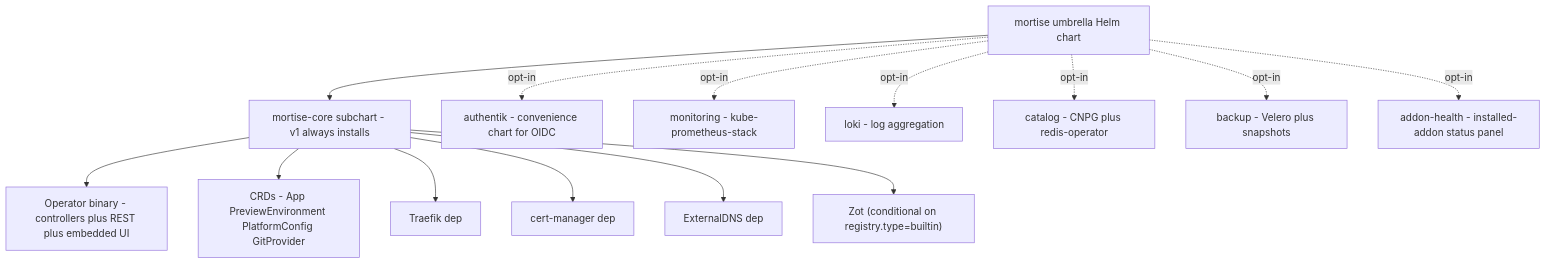
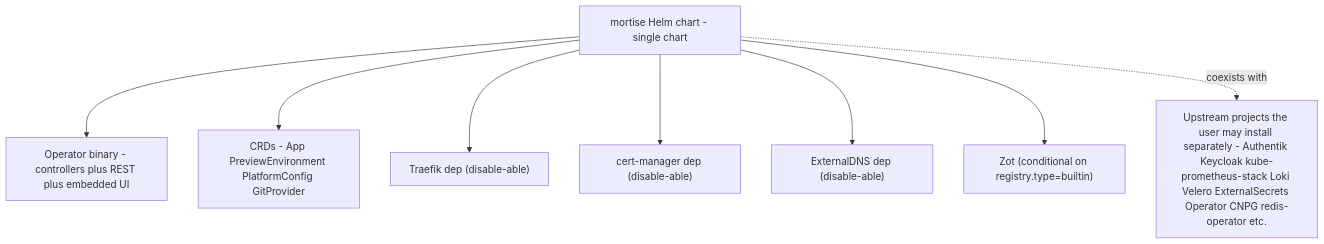
Before and after one commit to mortise-org/mortise: the fourth of 5 diagrams in ARCHITECTURE.md, drawn with Mermaid. The commit also changed other lines of this file and 2 other files, not shown here.

````diff
--- a/ARCHITECTURE.md
+++ b/ARCHITECTURE.md
@@ -262,34 +264,21 @@
 ```mermaid
 flowchart TB
-    Umbrella["mortise umbrella Helm chart"]
-    Core["mortise-core subchart - v1 always installs"]
+    Chart["mortise Helm chart - single chart"]
 
     OP["Operator binary - controllers plus REST plus embedded UI"]
     CRDs["CRDs - App PreviewEnvironment PlatformConfig GitProvider"]
-    TFc["Traefik dep"]
-    CMc["cert-manager dep"]
-    EDc["ExternalDNS dep"]
+    TFc["Traefik dep (disable-able)"]
+    CMc["cert-manager dep (disable-able)"]
+    EDc["ExternalDNS dep (disable-able)"]
     ZOc["Zot (conditional on registry.type=builtin)"]
 
-    Auth["authentik - convenience chart for OIDC"]
-    Mon["monitoring - kube-prometheus-stack"]
-    Log["loki - log aggregation"]
-    Cat["catalog - CNPG plus redis-operator"]
-    Bak["backup - Velero plus snapshots"]
-    Health["addon-health - installed-addon status panel"]
+    Chart --> OP
+    Chart --> CRDs
+    Chart --> TFc
+    Chart --> CMc
+    Chart --> EDc
+    Chart --> ZOc
 
-    Umbrella --> Core
-    Core --> OP
-    Core --> CRDs
-    Core --> TFc
-    Core --> CMc
-    Core --> EDc
-    Core --> ZOc
-
-    Umbrella -.opt-in.-> Auth
-    Umbrella -.opt-in.-> Mon
-    Umbrella -.opt-in.-> Log
-    Umbrella -.opt-in.-> Cat
-    Umbrella -.opt-in.-> Bak
-    Umbrella -.opt-in.-> Health
+    Upstream["Upstream projects the user may install separately - Authentik Keycloak kube-prometheus-stack Loki Velero ExternalSecrets Operator CNPG redis-operator etc."]
+    Chart -.coexists with.-> Upstream
 ```
````
